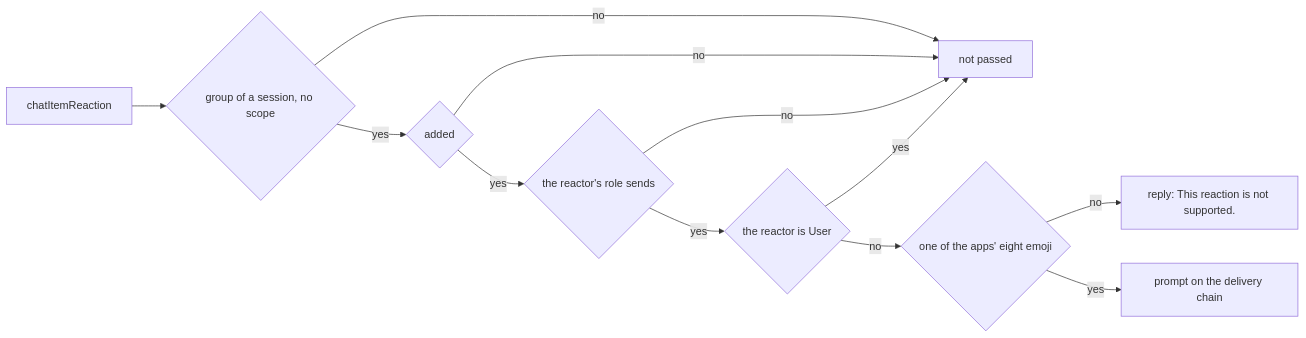
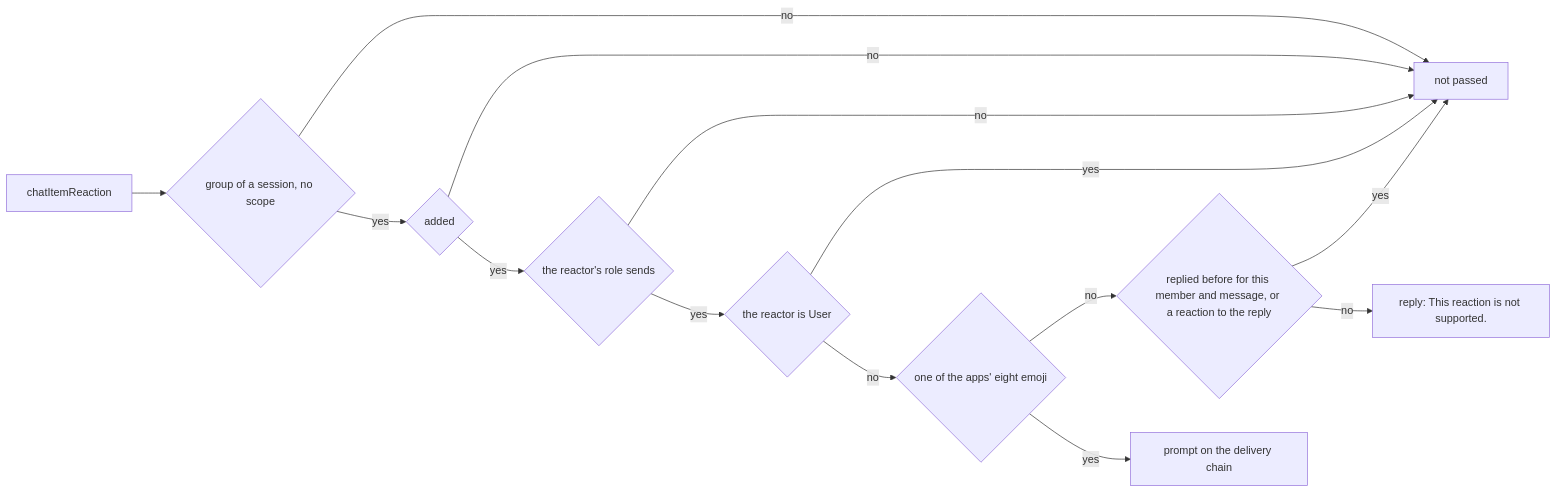
The third of 4 diagrams in plans/2026-11-12-mcp-reactions.md (simplex-chat/simplex-chat), drawn with Mermaid before and after one commit. The commit also changed other lines of this file and 8 other files, not shown here.

Commit message:
mcp: one reply per member and message for reactions Claude does not receive

````diff
--- a/plans/2026-11-12-mcp-reactions.md
+++ b/plans/2026-11-12-mcp-reactions.md
@@ -283,14 +292,16 @@
 ```mermaid
 flowchart LR
   E[chatItemReaction] --> G{group of a session, no scope}
   G -- no --> X[not passed]
   G -- yes --> A{added}
   A -- no --> X
   A -- yes --> R{the reactor's role sends}
   R -- no --> X
   R -- yes --> U{the reactor is User}
   U -- yes --> X
   U -- no --> M{one of the apps' eight emoji}
-  M -- no --> N[reply: This reaction is not supported.]
+  M -- no --> F{replied before for this member and message, or a reaction to the reply}
+  F -- yes --> X
+  F -- no --> N[reply: This reaction is not supported.]
   M -- yes --> P[prompt on the delivery chain]
 ```
````
